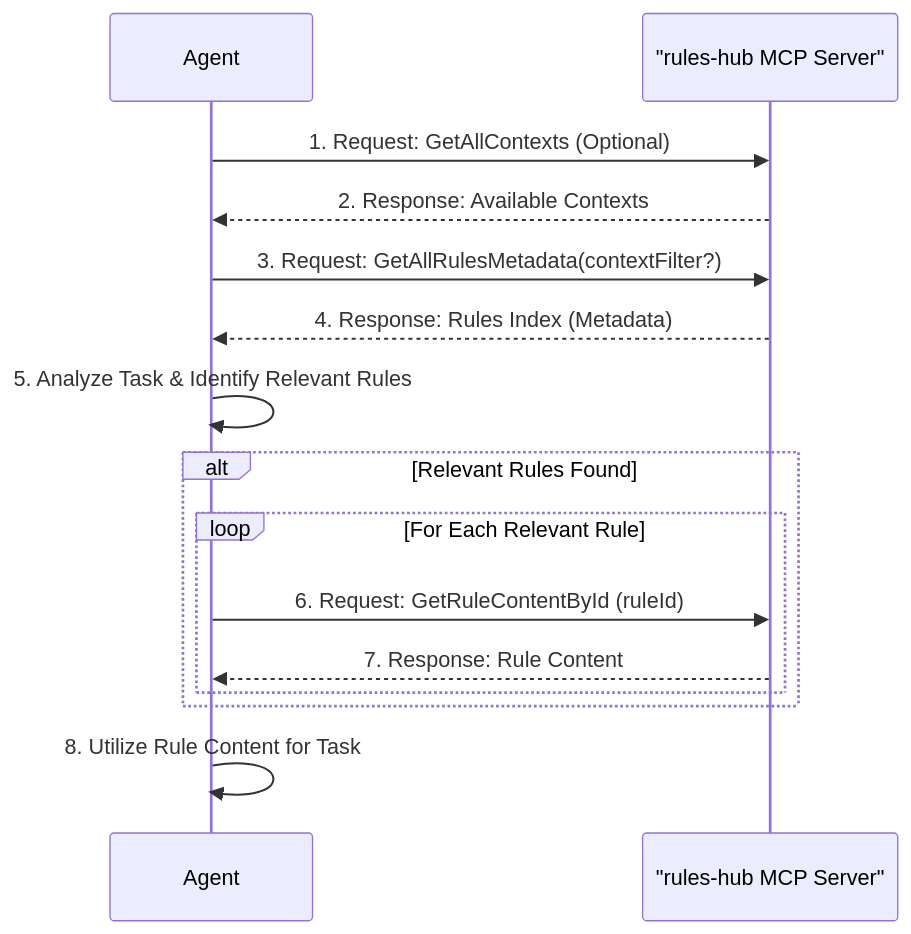
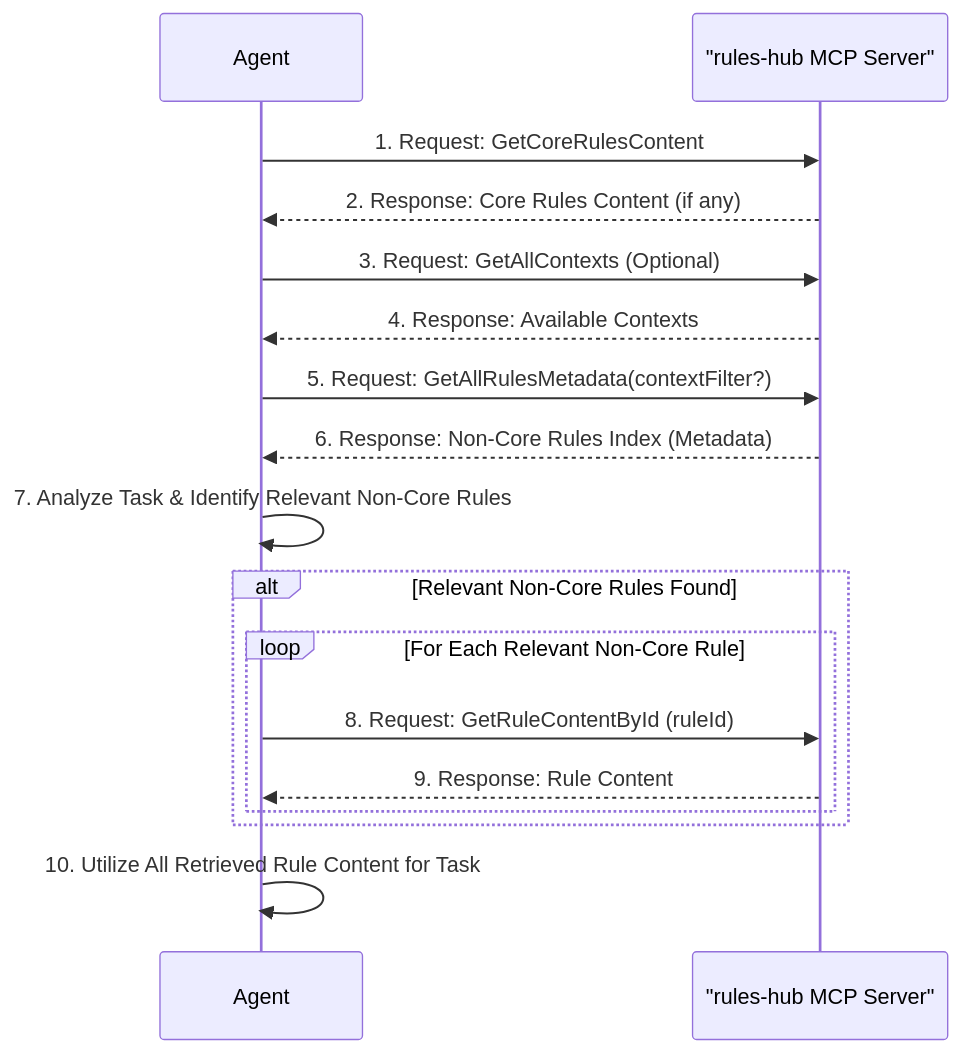
One commit to oshvartz/ContextualAgentRulesHub changed the diagram in README.md. Above: the diagram before and after it, drawn with Mermaid. The commit also changed other lines of this file and 8 other files, not shown here.

Commit message:
add core rules

````diff
--- a/README.md
+++ b/README.md
@@ -36,18 +38,20 @@
 ```mermaid
 sequenceDiagram
     participant Agent
     participant RulesHubServer as "rules-hub MCP Server"
 
-    Agent->>RulesHubServer: 1. Request: GetAllContexts (Optional)
-    RulesHubServer-->>Agent: 2. Response: Available Contexts
-    Agent->>RulesHubServer: 3. Request: GetAllRulesMetadata(contextFilter?)
-    RulesHubServer-->>Agent: 4. Response: Rules Index (Metadata)
-    Agent->>Agent: 5. Analyze Task & Identify Relevant Rules
-    alt Relevant Rules Found
-        loop For Each Relevant Rule
-            Agent->>RulesHubServer: 6. Request: GetRuleContentById (ruleId)
-            RulesHubServer-->>Agent: 7. Response: Rule Content
+    Agent->>RulesHubServer: 1. Request: GetCoreRulesContent
+    RulesHubServer-->>Agent: 2. Response: Core Rules Content (if any)
+    Agent->>RulesHubServer: 3. Request: GetAllContexts (Optional)
+    RulesHubServer-->>Agent: 4. Response: Available Contexts
+    Agent->>RulesHubServer: 5. Request: GetAllRulesMetadata(contextFilter?)
+    RulesHubServer-->>Agent: 6. Response: Non-Core Rules Index (Metadata)
+    Agent->>Agent: 7. Analyze Task & Identify Relevant Non-Core Rules
+    alt Relevant Non-Core Rules Found
+        loop For Each Relevant Non-Core Rule
+            Agent->>RulesHubServer: 8. Request: GetRuleContentById (ruleId)
+            RulesHubServer-->>Agent: 9. Response: Rule Content
         end
     end
-    Agent->>Agent: 8. Utilize Rule Content for Task
+    Agent->>Agent: 10. Utilize All Retrieved Rule Content for Task
 ```
````
